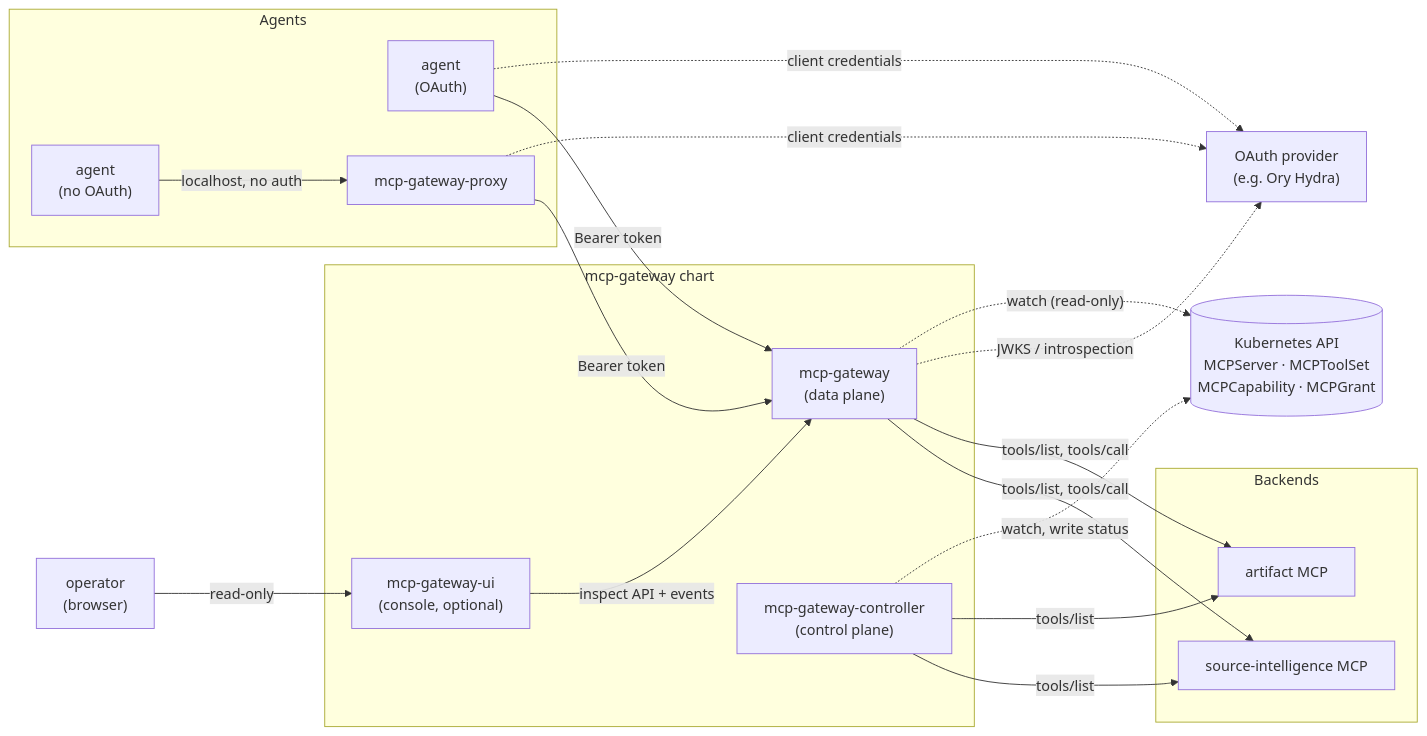
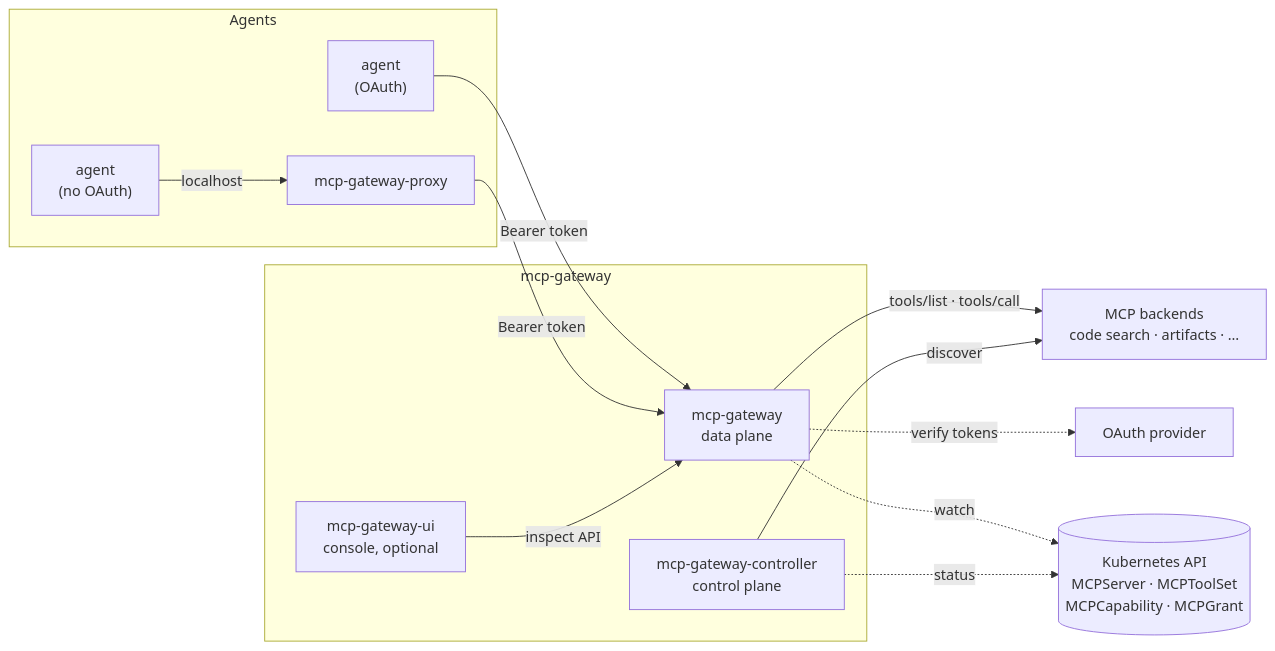
The diagram in README.md (metapatrol/mcp-gateway), drawn with Mermaid before and after one commit. The commit also changed other lines of this file and 15 other files, not shown here.

````diff
--- a/README.md
+++ b/README.md
@@ -43,42 +47,29 @@
 ```mermaid
-graph LR
-    subgraph Agents
-        A1["agent<br/>(OAuth)"]
-        A2["agent<br/>(no OAuth)"]
-        P["mcp-gateway-proxy"]
-    end
+flowchart LR
+  subgraph agents["Agents"]
+    a1["agent<br/>(OAuth)"]
+    a2["agent<br/>(no OAuth)"]
+    p["mcp-gateway-proxy"]
+  end
 
-    subgraph "mcp-gateway chart"
-        GW["mcp-gateway<br/>(data plane)"]
-        CT["mcp-gateway-controller<br/>(control plane)"]
-        UI["mcp-gateway-ui<br/>(console, optional)"]
-    end
+  subgraph chart["mcp-gateway"]
+    gw["mcp-gateway<br/>data plane"]
+    ct["mcp-gateway-controller<br/>control plane"]
+    ui["mcp-gateway-ui<br/>console, optional"]
+  end
 
-    OP["operator<br/>(browser)"]
+  k8s[("Kubernetes API<br/>MCPServer · MCPToolSet<br/>MCPCapability · MCPGrant")]
+  idp["OAuth provider"]
 
-    subgraph Backends
-        SI["source-intelligence MCP"]
-        AR["artifact MCP"]
-    end
+  be["MCP backends<br/>code search · artifacts · …"]
 
-    IDP["OAuth provider<br/>(e.g. Ory Hydra)"]
-    K8S[("Kubernetes API<br/>MCPServer · MCPToolSet<br/>MCPCapability · MCPGrant")]
-
-    A1 -->|"Bearer token"| GW
-    A2 -->|"localhost, no auth"| P
-    P -->|"Bearer token"| GW
-    A1 -.->|"client credentials"| IDP
-    P -.->|"client credentials"| IDP
-
-    GW -->|"tools/list, tools/call"| SI
-    GW -->|"tools/list, tools/call"| AR
-    GW -.->|"JWKS / introspection"| IDP
-    GW -.->|"watch (read-only)"| K8S
-
-    CT -->|"tools/list"| SI
-    CT -->|"tools/list"| AR
-    CT -.->|"watch, write status"| K8S
-
-    OP -->|"read-only"| UI
-    UI -->|"inspect API + events"| GW
+  a1 -- "Bearer token" --> gw
+  a2 -- "localhost" --> p
+  p -- "Bearer token" --> gw
+  gw -- "tools/list · tools/call" --> be
+  gw -. "verify tokens" .-> idp
+  gw -. "watch" .-> k8s
+  ct -- "discover" --> be
+  ct -. "status" .-> k8s
+  ui -- "inspect API" --> gw
 ```
````
